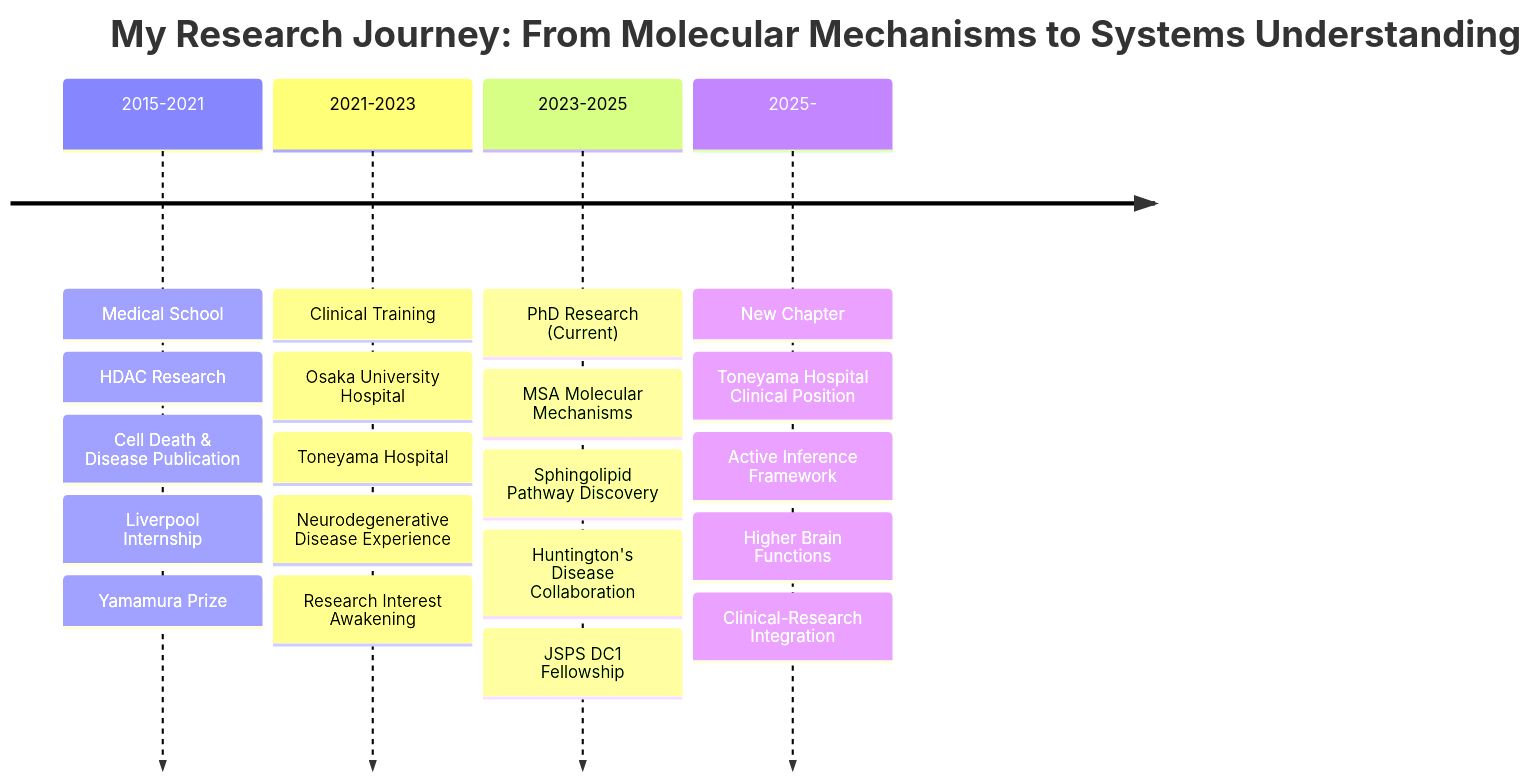
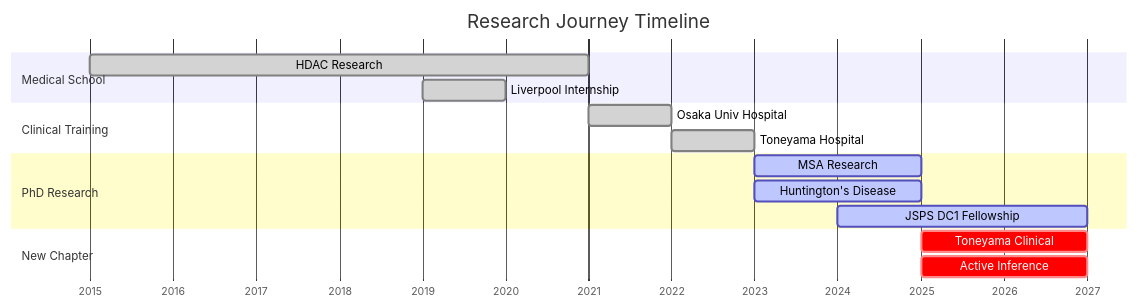
One commit to NSada2025/WD112_academic-website changed the first of 2 diagrams in _pages/about.md. Above: the diagram before and after it, drawn with Mermaid.

Commit message:
Fix Mermaid timeline syntax error - use gantt chart instead

```diff
--- a/_pages/about.md
+++ b/_pages/about.md
@@ -16,28 +16,23 @@
 <div class="mermaid">
-timeline
-    title My Research Journey: From Molecular Mechanisms to Systems Understanding
+gantt
+    title Research Journey Timeline
+    dateFormat  YYYY
+    axisFormat  %Y
     
-    2015-2021 : Medical School
-                : HDAC Research
-                : Cell Death & Disease Publication
-                : Liverpool Internship
-                : Yamamura Prize
+    section Medical School
+    HDAC Research           :done, hdac, 2015, 2021
+    Liverpool Internship    :done, liverpool, 2019, 2020
     
-    2021-2023 : Clinical Training
-                : Osaka University Hospital
-                : Toneyama Hospital
-                : Neurodegenerative Disease Experience
-                : Research Interest Awakening
+    section Clinical Training  
+    Osaka Univ Hospital     :done, ouh, 2021, 2022
+    Toneyama Hospital       :done, tnh, 2022, 2023
     
-    2023-2025 : PhD Research (Current)
-                : MSA Molecular Mechanisms
-                : Sphingolipid Pathway Discovery
-                : Huntington's Disease Collaboration
-                : JSPS DC1 Fellowship
+    section PhD Research
+    MSA Research            :active, msa, 2023, 2025
+    Huntington's Disease    :active, hd, 2023, 2025
+    JSPS DC1 Fellowship     :active, jsps, 2024, 2027
     
-    2025- : New Chapter
-           : Toneyama Hospital Clinical Position
-           : Active Inference Framework
-           : Higher Brain Functions
-           : Clinical-Research Integration
+    section New Chapter
+    Toneyama Clinical       :crit, tc, 2025, 2027
+    Active Inference        :crit, ai, 2025, 2027
 </div>
```
